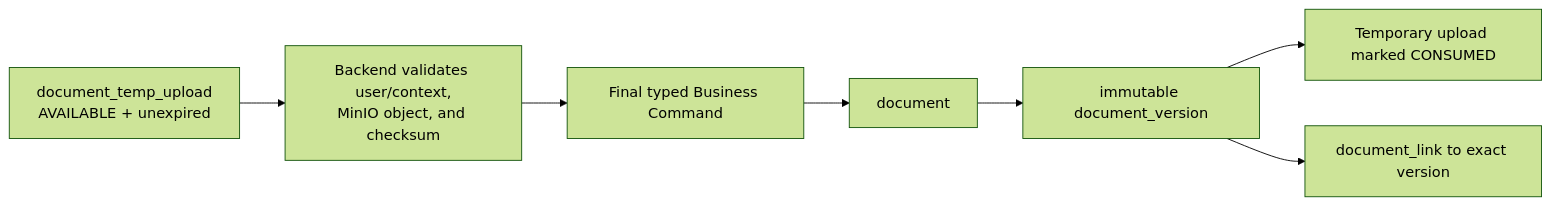
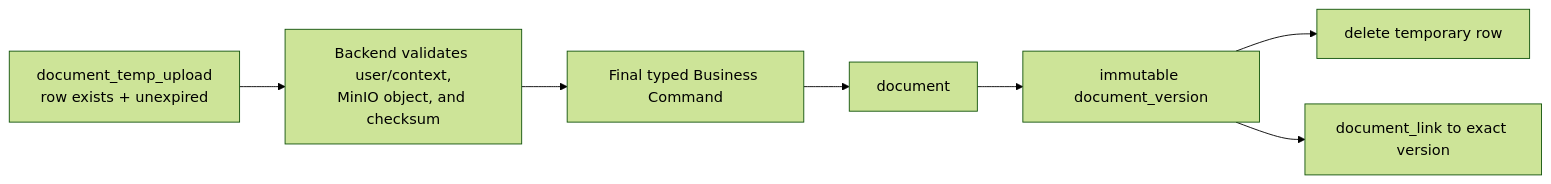
The third of 3 diagrams in grcpc-docs/master-data/dependency-map.md (cheshmapoosh/digiaudit-grcpc), drawn with Mermaid (forest theme) before and after one commit. The commit also changed other lines of this file and 40 other files, not shown here.

Commit message:
fix(document): Simplify temporary document finalization and remove secondary-query command                failure

````diff
--- a/grcpc-docs/master-data/dependency-map.md
+++ b/grcpc-docs/master-data/dependency-map.md
@@ -244,16 +244,16 @@
 ```mermaid
 flowchart LR
-    Upload[document_temp_upload<br/>AVAILABLE + unexpired]
+    Upload[document_temp_upload<br/>row exists + unexpired]
     Verify[Backend validates user/context,<br/>MinIO object, and checksum]
     Command[Final typed Business Command]
     Doc[document]
     Version[immutable document_version]
-    Consume[Temporary upload marked CONSUMED]
+    DeleteTempRow[delete temporary row]
     Link[document_link to exact version]
 
     Upload --> Verify --> Command
     Command --> Doc
     Doc --> Version
-    Version --> Consume
+    Version --> DeleteTempRow
     Version --> Link
 ```
````
